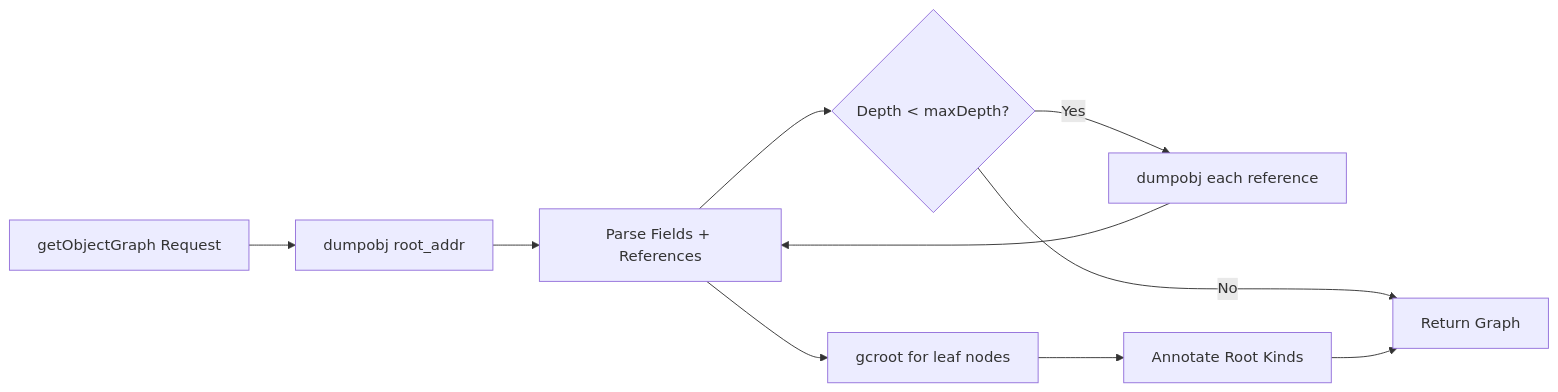
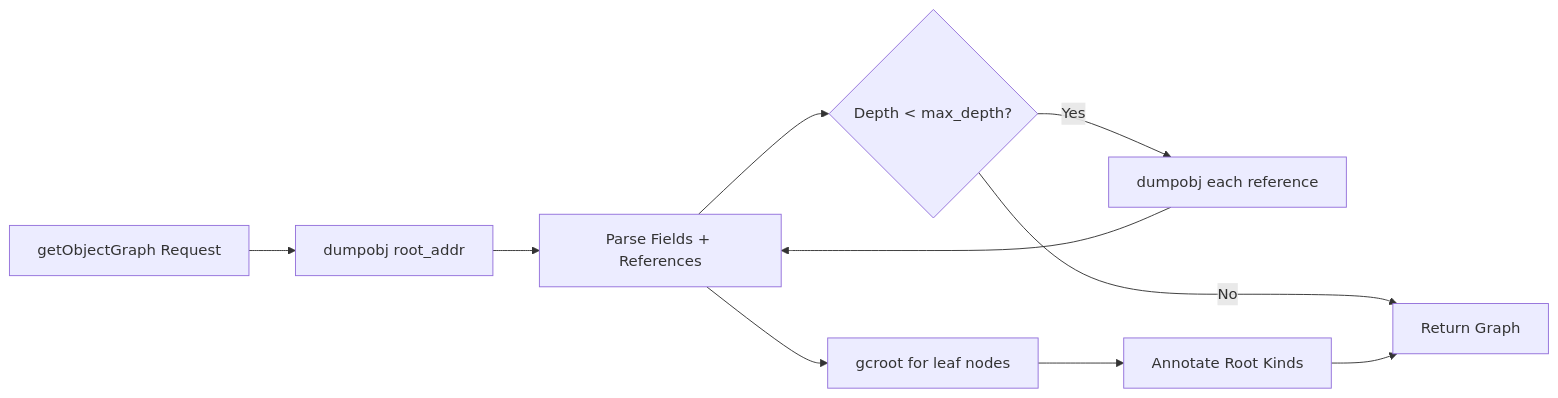
One commit to Nimblesite/SharpLsp changed the second of 2 diagrams in docs/specs/PROFILER-SPEC.md. Above: the diagram before and after it, drawn with Mermaid. The commit also changed other lines of this file and 916 other files, not shown here.

````diff
--- a/docs/specs/PROFILER-SPEC.md
+++ b/docs/specs/PROFILER-SPEC.md
@@ -548,12 +554,12 @@
 ```mermaid
 flowchart LR
     A[getObjectGraph Request] --> B[dumpobj root_addr]
     B --> C[Parse Fields + References]
-    C --> D{Depth < maxDepth?}
+    C --> D{Depth < max_depth?}
     D -->|Yes| E[dumpobj each reference]
     E --> C
     D -->|No| F[Return Graph]
     C --> G[gcroot for leaf nodes]
     G --> H[Annotate Root Kinds]
     H --> F
 ```
````
